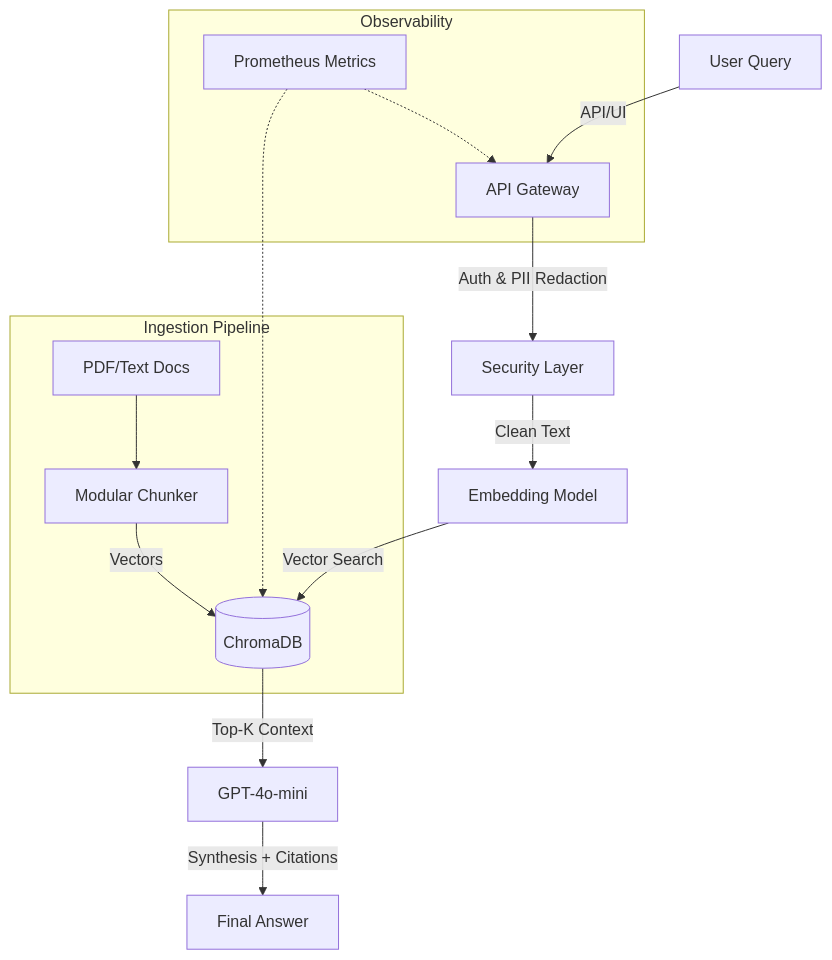
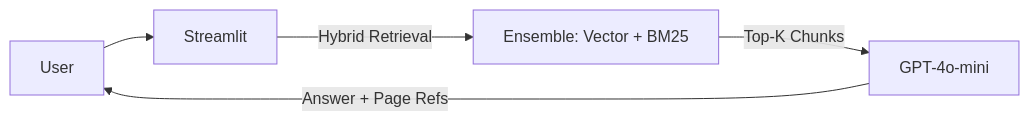
The diagram in README.md (anudeepnyakk/axiom-ai), drawn with Mermaid before and after one commit. The commit also changed other lines of this file and 19 other files, not shown here.

Commit message:
Major Update: v2.0 Monolithic Architecture (Hybrid Search, Citations, Deep Linking)

````diff
--- a/README.md
+++ b/README.md
@@ -29,20 +32,7 @@
 ```mermaid
-graph TD
-    User[User Query] -->|API/UI| Gateway[API Gateway]
-    Gateway -->|Auth & PII Redaction| Secure[Security Layer]
-    Secure -->|Clean Text| Embed[Embedding Model]
-    
-    subgraph "Ingestion Pipeline"
-        Docs[PDF/Text Docs] --> Chunker[Modular Chunker]
-        Chunker -->|Vectors| Chroma[(ChromaDB)]
-    end
-
-    Embed -->|Vector Search| Chroma
-    Chroma -->|Top-K Context| LLM[GPT-4o-mini]
-    LLM -->|Synthesis + Citations| Response[Final Answer]
-    
-    subgraph "Observability"
-        Prometheus[Prometheus Metrics] -.-> Chroma
-        Prometheus -.-> Gateway
-    end
+graph LR
+    User --> Streamlit
+    Streamlit -->|Hybrid Retrieval| Retriever[Ensemble: Vector + BM25]
+    Retriever -->|Top-K Chunks| LLM[GPT-4o-mini]
+    LLM -->|Answer + Page Refs| User
 ```
````
